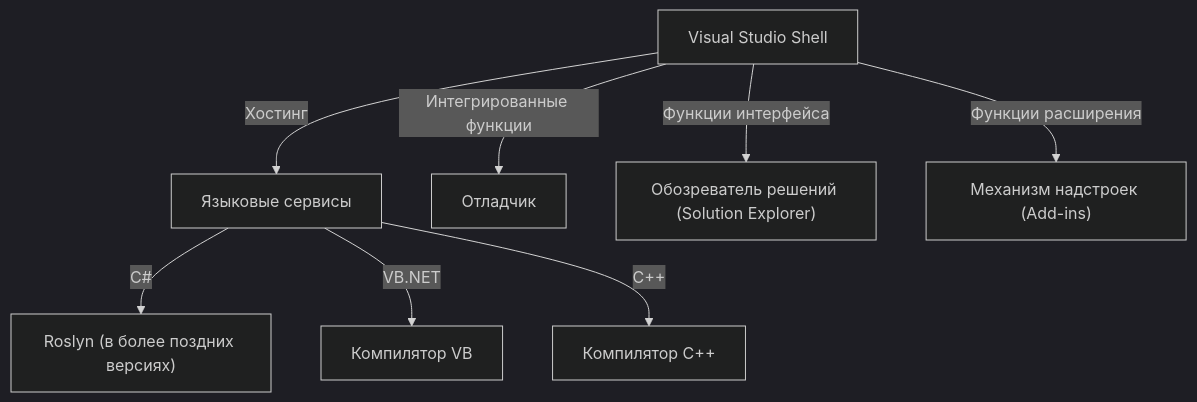
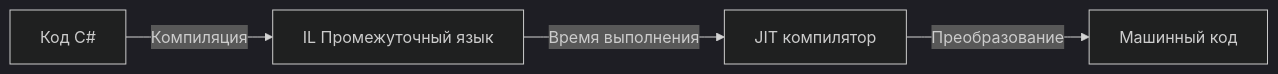
Before and after one commit to kenjinote/blog: the second of 2 diagrams in content/post/history-of-visual-studio/index.ru.md, drawn with Mermaid (dark theme). The commit also changed other lines of this file and 129 other files, not shown here.

````diff
--- a/content/post/history-of-visual-studio/index.ru.md
+++ b/content/post/history-of-visual-studio/index.ru.md
@@ -85,11 +51,6 @@
 ```mermaid
-graph TD
-    A["Visual Studio Shell"] -- "Хостинг" --> B["Языковые сервисы"]
-    B -- "C#" --> C["Roslyn (в более поздних версиях)"]
-    B -- "VB.NET" --> D["Компилятор VB"]
-    B -- "C++" --> E["Компилятор C++"]
-    
-    A -- "Интегрированные функции" --> F["Отладчик"]
-    A -- "Функции интерфейса" --> G["Обозреватель решений (Solution Explorer)"]
-    A -- "Функции расширения" --> H["Механизм надстроек (Add-ins)"]
+graph LR
+    A["Код C#"] -- "Компиляция" --> B["IL Промежуточный язык"]
+    B -- "Время выполнения" --> C["JIT компилятор"]
+    C -- "Преобразование" --> D["Машинный код"]
 ```
````
